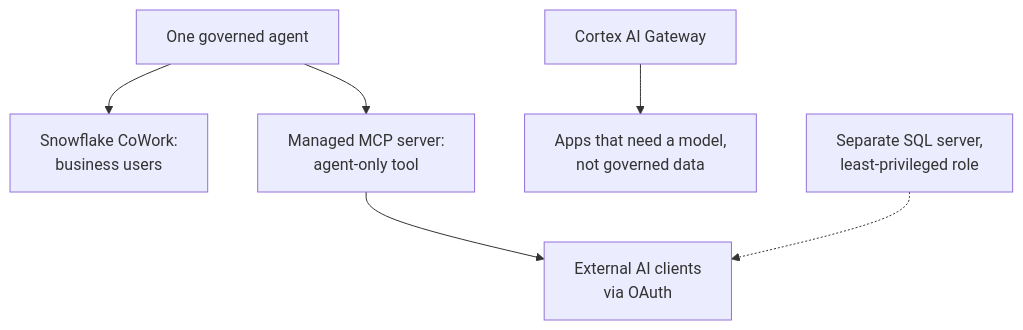
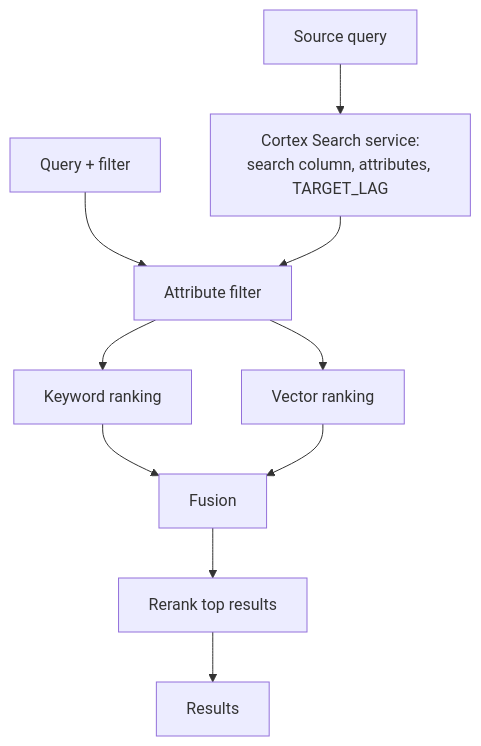
Before and after one commit to Abhi4972/AI-From-Zero-to-Hero: the diagram in data/diagrams/a3313.mmd, drawn with Mermaid. The commit also changed 74 other files, not shown here.

```diff
--- a/data/diagrams/a3313.mmd
+++ b/data/diagrams/a3313.mmd
@@ -1,7 +1,11 @@
-%% after: Door 1: Snowflake CoWork for people
+%% after: Creating the service
 flowchart TD
-  AG["One governed agent"] --> CW["Snowflake CoWork:<br/>business users"]
-  AG --> MCP["Managed MCP server:<br/>agent-only tool"]
-  MCP --> EXT["External AI clients<br/>via OAuth"]
-  GW["Cortex AI Gateway"] --> APP["Apps that need a model,<br/>not governed data"]
-  SQLS["Separate SQL server,<br/>least-privileged role"] -.-> EXT
+  SQ["Source query"] --> SVC["Cortex Search service:<br/>search column, attributes, TARGET_LAG"]
+  Q["Query + filter"] --> F["Attribute filter"]
+  SVC --> F
+  F --> KW["Keyword ranking"]
+  F --> VE["Vector ranking"]
+  KW --> FU["Fusion"]
+  VE --> FU
+  FU --> RR["Rerank top results"]
+  RR --> RES["Results"]
```
